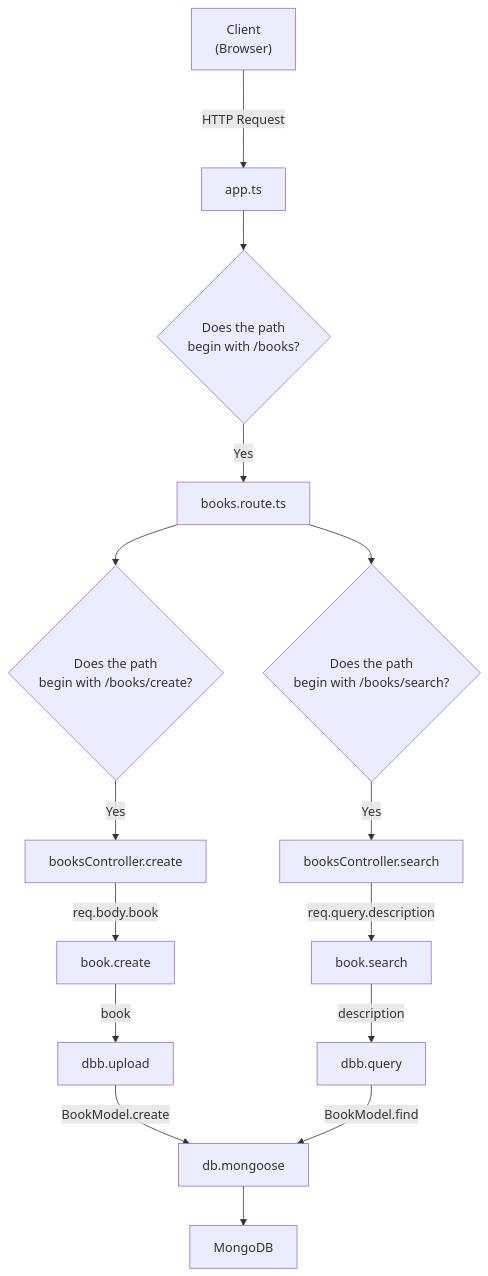
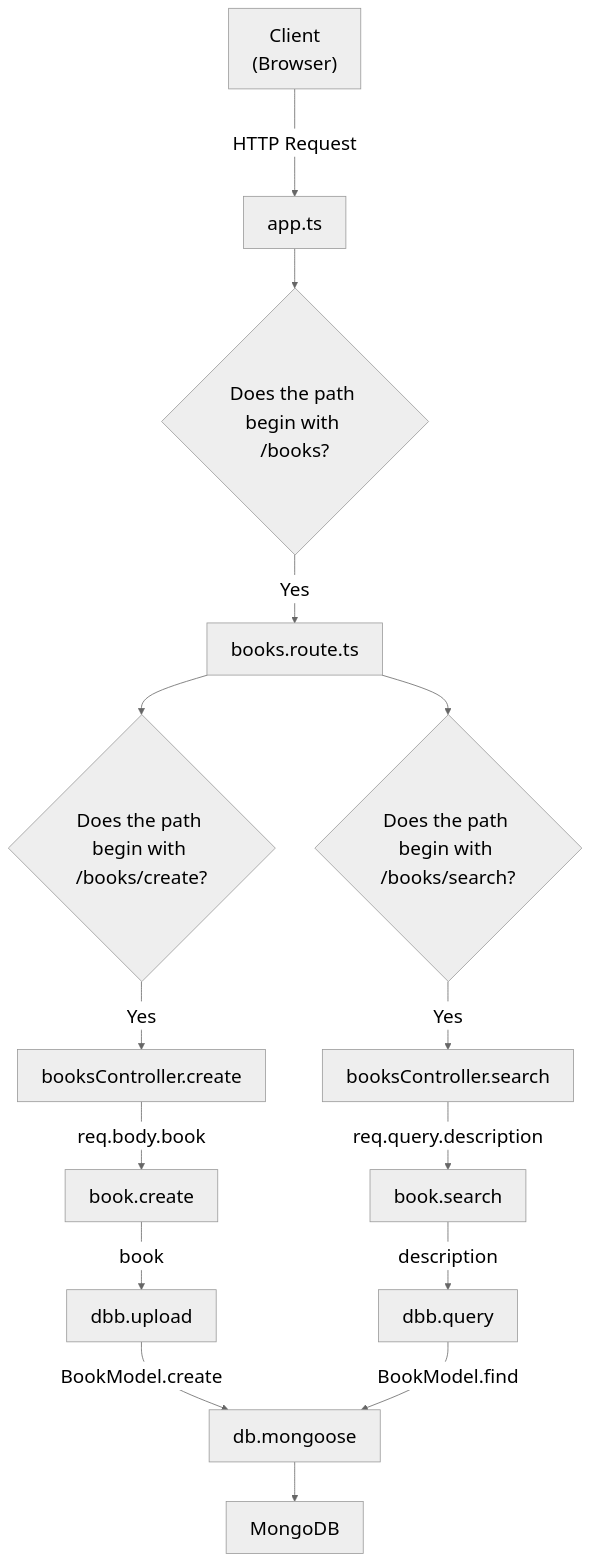
The diagram in README.md (Sudokuru/lambda-test), drawn with Mermaid before and after one commit.

Commit message:
Changed diagram theme

````diff
--- a/README.md
+++ b/README.md
@@ -27,17 +27,18 @@
 ```mermaid
+%%{init: {'theme': 'neutral', 'themeVariables': { 'fontSize': '24px', 'fontFamily': 'arial'}}}%%
 flowchart TD
     Client["Client\n(Browser)"] ---> |HTTP Request| app[app.ts]
     app --> books{Does the path \nbegin with /books?}
     books --> |Yes| route[books.route.ts]
     route --> booksCreate{Does the path \nbegin with /books/create?}
     route --> booksSearch{Does the path \nbegin with /books/search?}
     booksCreate --> |Yes| controlCreate[booksController.create]
     booksSearch --> |Yes| controlSearch[booksController.search]
     controlCreate --> |req.body.book| bookCreate[book.create]
     controlSearch --> |req.query.description| bookSearch[book.search]
     bookCreate --> |book| dbbUpload[dbb.upload]
     bookSearch --> |description| dbbQuery[dbb.query]
     dbbUpload --> |BookModel.create| mongoose[db.mongoose]
     dbbQuery --> |BookModel.find| mongoose
     mongoose --> db[MongoDB]
 ```
````
